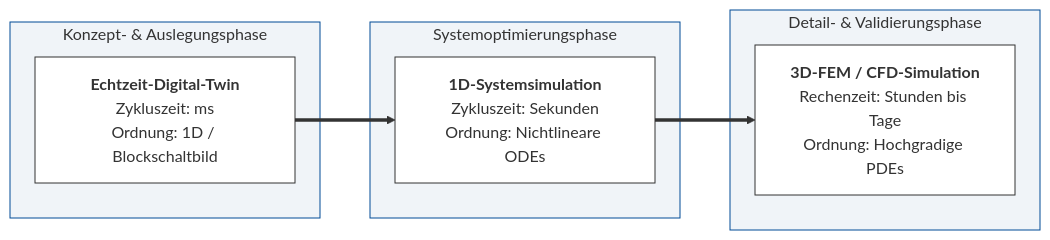
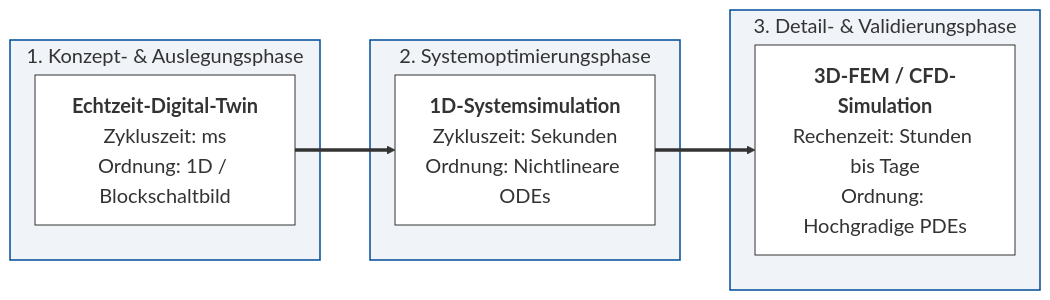
Before and after one commit to ghackenberg/kurs-computer-simulation: the diagram in Folien/11_Epilog/Diagramme/Detailgrad_Projektfortschritt.mmd, drawn with Mermaid. The commit also changed 88 other files, not shown here.

```diff
--- a/Folien/11_Epilog/Diagramme/Detailgrad_Projektfortschritt.mmd
+++ b/Folien/11_Epilog/Diagramme/Detailgrad_Projektfortschritt.mmd
@@ -1,18 +1,19 @@
+%%{init: {'themeVariables': {'fontSize': '20px'}}}%%
 flowchart LR
-    subgraph P1["Konzept- & Auslegungsphase"]
+    subgraph P1["1. Konzept- & Auslegungsphase"]
         D1["<b>Echtzeit-Digital-Twin</b><br/>Zykluszeit: ms<br/>Ordnung: 1D / Blockschaltbild"]
     end
-    subgraph P2["Systemoptimierungsphase"]
+    subgraph P2["2. Systemoptimierungsphase"]
         D2["<b>1D-Systemsimulation</b><br/>Zykluszeit: Sekunden<br/>Ordnung: Nichtlineare ODEs"]
     end
-    subgraph P3["Detail- & Validierungsphase"]
+    subgraph P3["3. Detail- & Validierungsphase"]
         D3["<b>3D-FEM / CFD-Simulation</b><br/>Rechenzeit: Stunden bis Tage<br/>Ordnung: Hochgradige PDEs"]
     end
     D1 ==> D2 ==> D3
 
-    style P1 fill:#f0f4f8,stroke:#004B96,stroke-width:1px
-    style P2 fill:#f0f4f8,stroke:#004B96,stroke-width:1px
-    style P3 fill:#f0f4f8,stroke:#004B96,stroke-width:1px
+    style P1 fill:#f0f4f8,stroke:#004B96,stroke-width:1.5px
+    style P2 fill:#f0f4f8,stroke:#004B96,stroke-width:1.5px
+    style P3 fill:#f0f4f8,stroke:#004B96,stroke-width:1.5px
     style D1 fill:#ffffff,stroke:#333,stroke-width:1px
     style D2 fill:#ffffff,stroke:#333,stroke-width:1px
     style D3 fill:#ffffff,stroke:#333,stroke-width:1px
```
